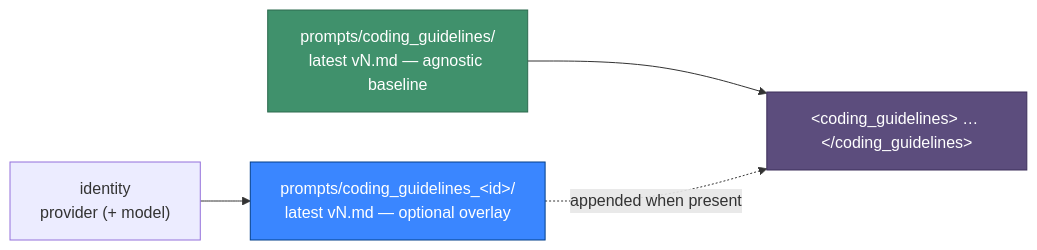
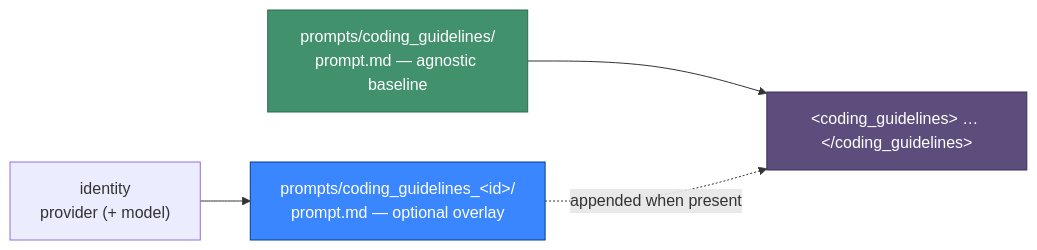
Before and after one commit to stSoftwareAU/VibeCoder: the fourth of 4 diagrams in docs/EXTENDING.md, drawn with Mermaid. The commit also changed other lines of this file and 105 other files, not shown here.

````diff
--- a/docs/EXTENDING.md
+++ b/docs/EXTENDING.md
@@ -448,10 +445,10 @@
 ```mermaid
 flowchart LR
-    B["prompts/coding_guidelines/<br/>latest vN.md — agnostic baseline"] --> W
+    B["prompts/coding_guidelines/<br/>prompt.md — agnostic baseline"] --> W
     I["identity<br/>provider (+ model)"] --> O
-    O["prompts/coding_guidelines_&lt;id&gt;/<br/>latest vN.md — optional overlay"] -.appended when present.-> W
+    O["prompts/coding_guidelines_&lt;id&gt;/<br/>prompt.md — optional overlay"] -.appended when present.-> W
     W["&lt;coding_guidelines&gt; … &lt;/coding_guidelines&gt;"]
     style B fill:#40916c,stroke:#2d6a4f,color:#fff
     style O fill:#3a86ff,stroke:#023e8a,color:#fff
     style W fill:#5c4d7d,stroke:#3c2f5a,color:#fff
 ```
````
